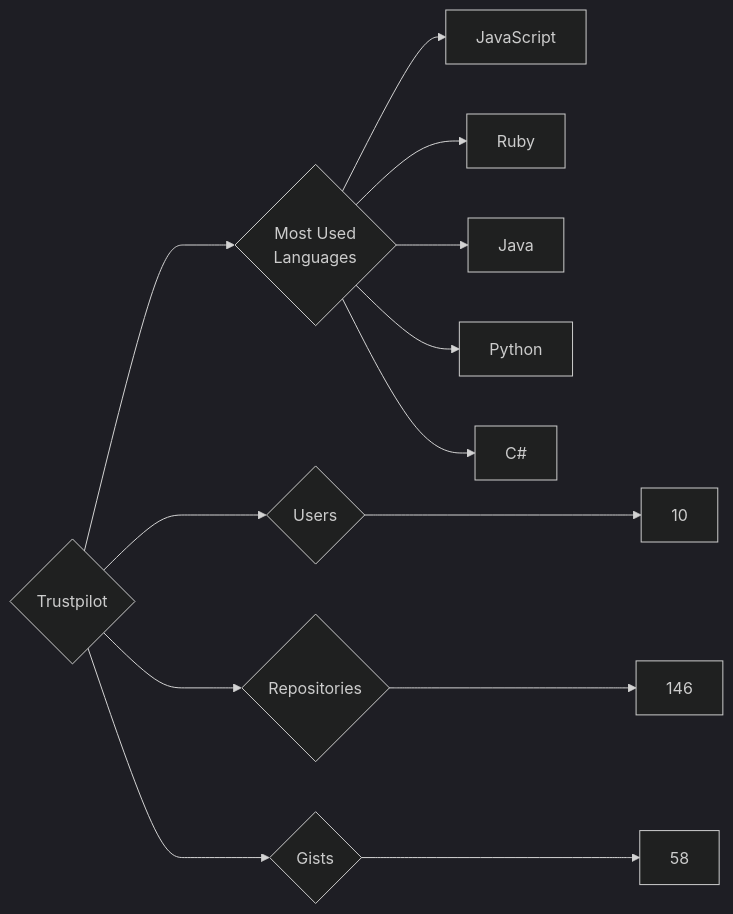
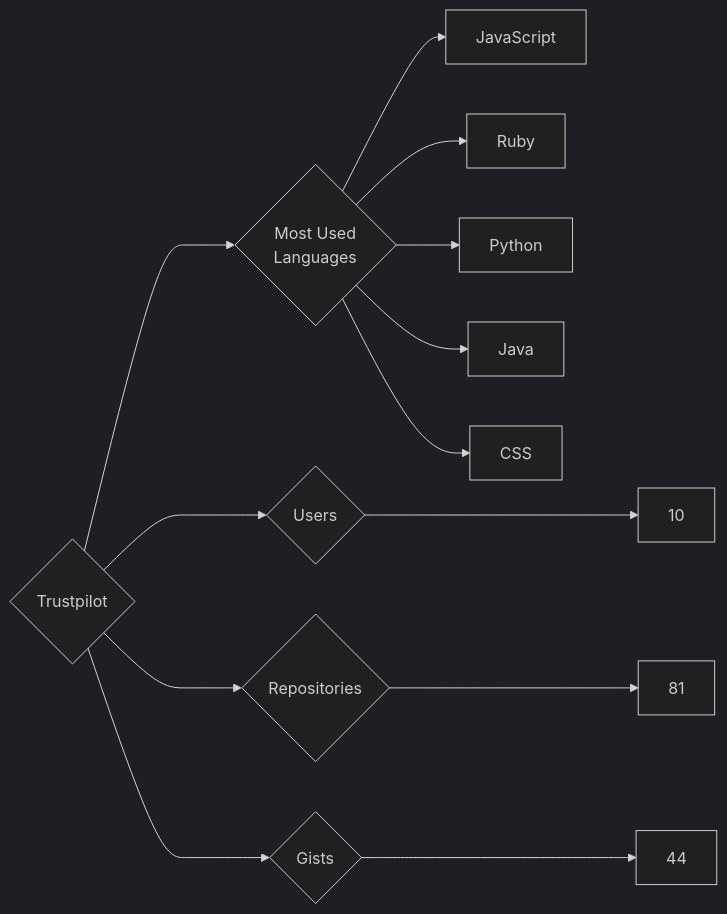
One commit to trickest/insiders changed the diagram in targets/Trustpilot/README.md. Above: the diagram before and after it, drawn with Mermaid (dark theme). The commit also changed 955 other files, not shown here.

````diff
--- a/targets/Trustpilot/README.md
+++ b/targets/Trustpilot/README.md
@@ -3,13 +3,13 @@
 ```mermaid
 graph LR
 COMPANY_NAME{Trustpilot}
 COMPANY_NAME ---> U{Users} ---> UN[10]
-COMPANY_NAME ---> R{Repositories} ---> RN[146]
-COMPANY_NAME ---> G{Gists} ---> GN[58]
+COMPANY_NAME ---> R{Repositories} ---> RN[81]
+COMPANY_NAME ---> G{Gists} ---> GN[44]
 COMPANY_NAME ---> ML{Most Used<br>Languages}
 ML --> JavaScript[JavaScript]
 ML --> Ruby[Ruby]
+ML --> Python[Python]
 ML --> Java[Java]
-ML --> Python[Python]
-ML --> C#[C#]
+ML --> CSS[CSS]
 ```
````
